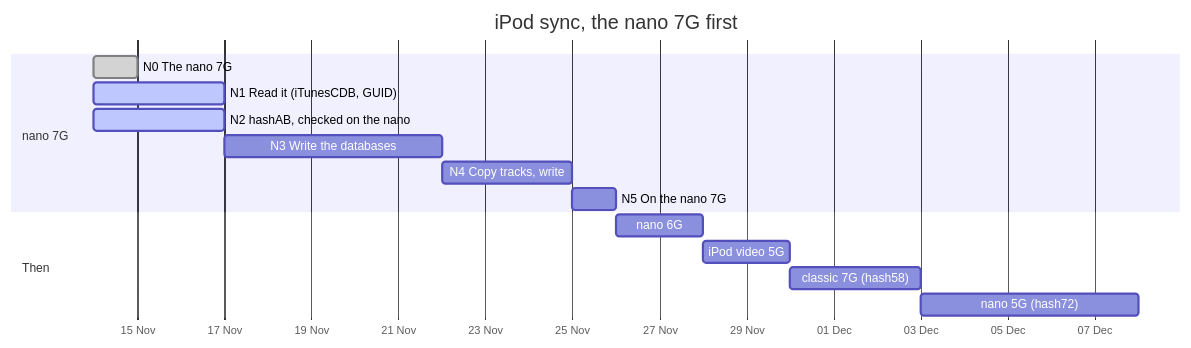
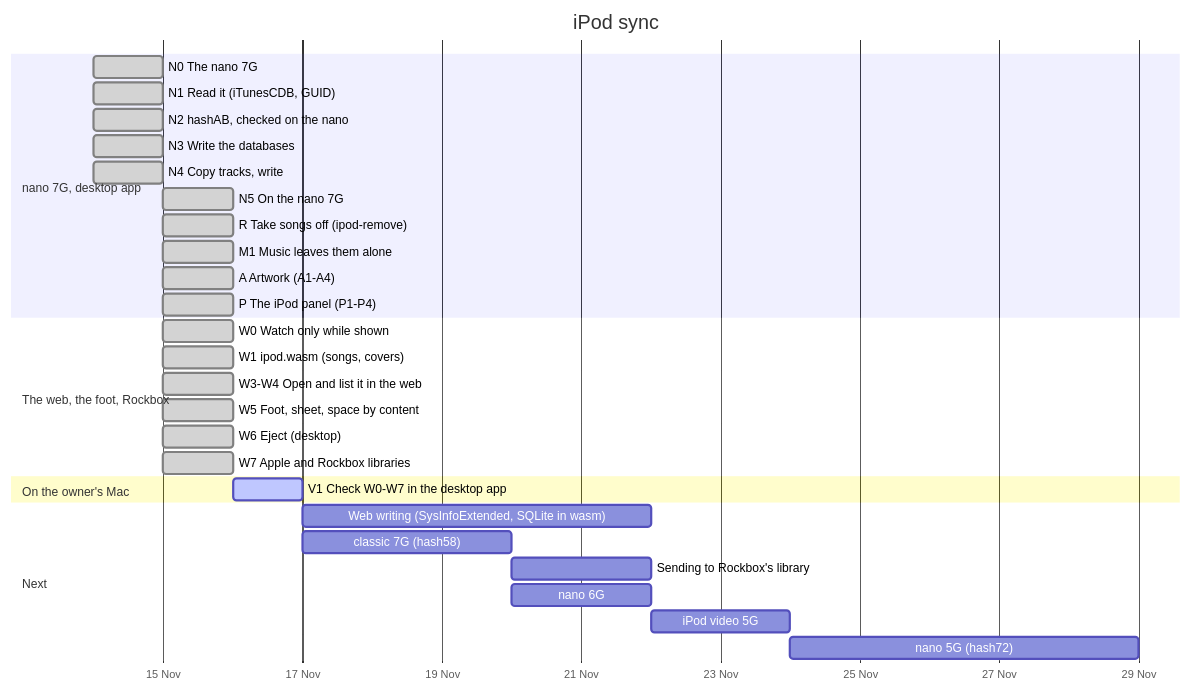
The diagram in ROADMAP/2026-11-14/ipod-sync.md (jgermade/jackbird), drawn with Mermaid before and after one commit. The commit also changed other lines of this file and 58 other files, not shown here.

First line of the commit message:
docs(record): plan the web's iPod listing and the panel-only iPod watch (#29)

````diff
--- a/ROADMAP/2026-11-14/ipod-sync.md
+++ b/ROADMAP/2026-11-14/ipod-sync.md
@@ -19,18 +35,33 @@
 ```mermaid
 gantt
-  title iPod sync, the nano 7G first
+  title iPod sync
   dateFormat YYYY-MM-DD
   axisFormat %d %b
-  section nano 7G
+  section nano 7G, desktop app
     N0 The nano 7G                     :done, n0, 2026-11-14, 1d
-    N1 Read it (iTunesCDB, GUID)       :active, n1, 2026-11-14, 3d
-    N2 hashAB, checked on the nano     :active, n2, 2026-11-14, 3d
-    N3 Write the databases             :n3, after n2, 5d
-    N4 Copy tracks, write              :n4, after n3, 3d
-    N5 On the nano 7G                  :n5, after n4, 1d
-  section Then
-    nano 6G                            :b1, after n5, 2d
+    N1 Read it (iTunesCDB, GUID)       :done, n1, 2026-11-14, 1d
+    N2 hashAB, checked on the nano     :done, n2, 2026-11-14, 1d
+    N3 Write the databases             :done, n3, 2026-11-14, 1d
+    N4 Copy tracks, write              :done, n4, 2026-11-14, 1d
+    N5 On the nano 7G                  :done, n5, 2026-11-15, 1d
+    R Take songs off (ipod-remove)     :done, r, 2026-11-15, 1d
+    M1 Music leaves them alone         :done, m1, 2026-11-15, 1d
+    A Artwork (A1-A4)                  :done, a, 2026-11-15, 1d
+    P The iPod panel (P1-P4)           :done, p, 2026-11-15, 1d
+  section The web, the foot, Rockbox
+    W0 Watch only while shown          :done, w0, 2026-11-15, 1d
+    W1 ipod.wasm (songs, covers)       :done, w1, 2026-11-15, 1d
+    W3-W4 Open and list it in the web  :done, w3, 2026-11-15, 1d
+    W5 Foot, sheet, space by content   :done, w5, 2026-11-15, 1d
+    W6 Eject (desktop)                 :done, w6, 2026-11-15, 1d
+    W7 Apple and Rockbox libraries     :done, w7, 2026-11-15, 1d
+  section On the owner's Mac
+    V1 Check W0-W7 in the desktop app  :active, v1, 2026-11-16, 1d
+  section Next
+    Web writing (SysInfoExtended, SQLite in wasm) :x1, after v1, 5d
+    classic 7G (hash58)                :x2, after v1, 3d
+    Sending to Rockbox's library       :x3, after x2, 2d
+    nano 6G                            :b1, after x2, 2d
     iPod video 5G                      :b2, after b1, 2d
-    classic 7G (hash58)                :b3, after b2, 3d
-    nano 5G (hash72)                   :b4, after b3, 5d
+    nano 5G (hash72)                   :b4, after b2, 5d
 ```
````
